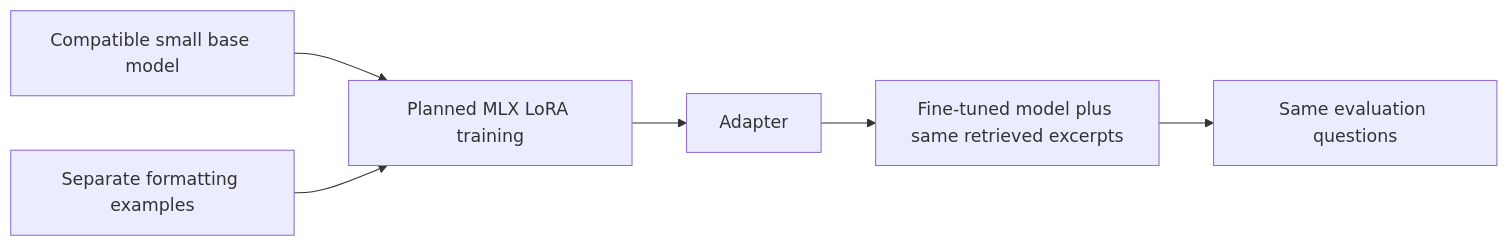
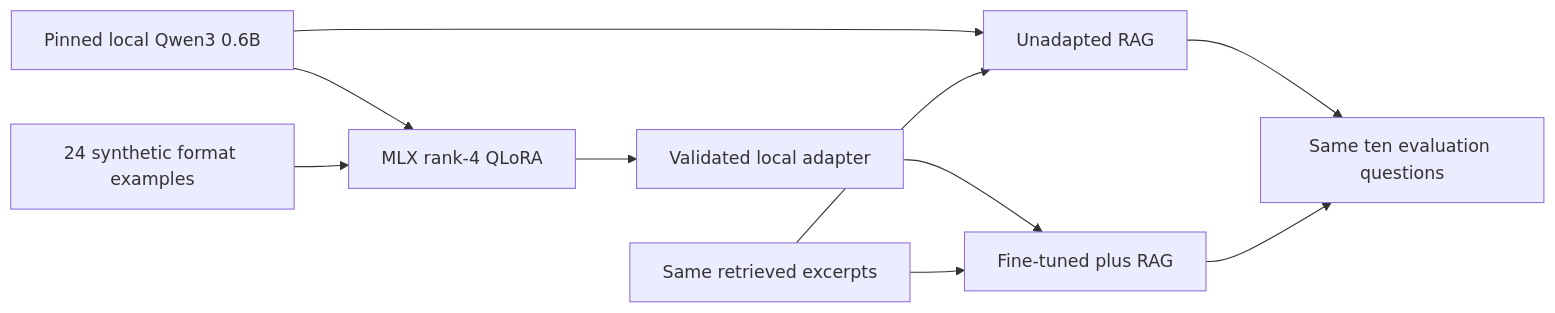
The second of 2 diagrams in docs/TUTORIAL.md (kaiserg/odyssey-7), drawn with Mermaid before and after one commit. The commit also changed other lines of this file and 35 other files, not shown here.

Commit message:
Add validated MLX QLoRA formatting experiment and three-mode comparison

````diff
--- a/docs/TUTORIAL.md
+++ b/docs/TUTORIAL.md
@@ -122,8 +131,12 @@
 ```mermaid
 flowchart LR
-    B[Compatible small base model] --> T[Planned MLX LoRA training]
-    D[Separate formatting examples] --> T
-    T --> A[Adapter]
-    A --> R[Fine-tuned model plus same retrieved excerpts]
-    R --> E[Same evaluation questions]
+    B[Pinned local Qwen3 0.6B] --> T[MLX rank-4 QLoRA]
+    D[24 synthetic format examples] --> T
+    T --> A[Validated local adapter]
+    B --> R[Unadapted RAG]
+    A --> F[Fine-tuned plus RAG]
+    C[Same retrieved excerpts] --> R
+    C --> F
+    R --> E[Same ten evaluation questions]
+    F --> E
 ```
````
